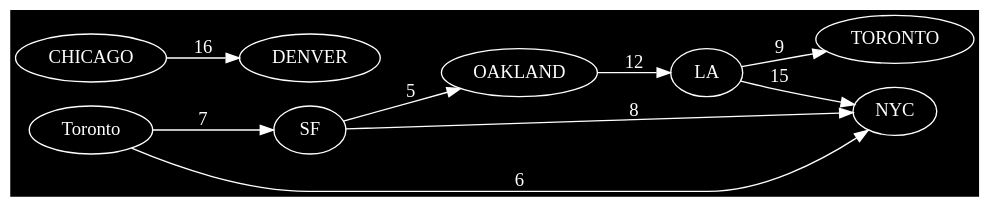
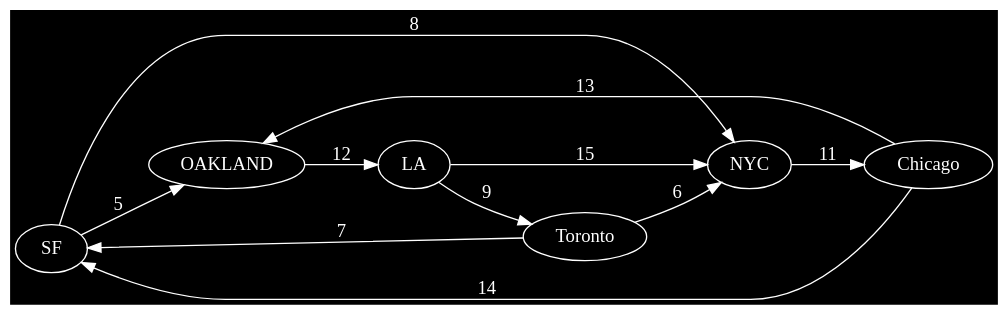
The diagram in final_project/dots/default.dot (isco355/cis_25), drawn with Graphviz before and after one commit. The commit also changed 7 other files, not shown here.

```diff
--- a/final_project/dots/default.dot
+++ b/final_project/dots/default.dot
@@ -1,17 +1,20 @@
 
 digraph {
     rankdir=LR;
     bgcolor="black";
 
     node [fontcolor="white",color="white"];
     edge [color="white",fontcolor="white"];
 
+
     SF -> OAKLAND [label="5",weight="5"];
     SF -> NYC [label="8",weight="8"];
     Toronto -> NYC [label="6",weight="6"];
     Toronto -> SF [label="7",weight="7"];
     OAKLAND -> LA [label="12",weight="12"];
     LA -> NYC [label="15",weight="15"];
-    LA -> TORONTO [label="9",weight="9"];
-    CHICAGO -> DENVER [label="16",weight="16"];
+    LA -> Toronto [label="9",weight="9"];
+    NYC -> Chicago [label="11",weight="11"];
+    Chicago -> SF [label="14",weight="14"];
+    Chicago -> OAKLAND [label="13",weight="13"];
 }
```
